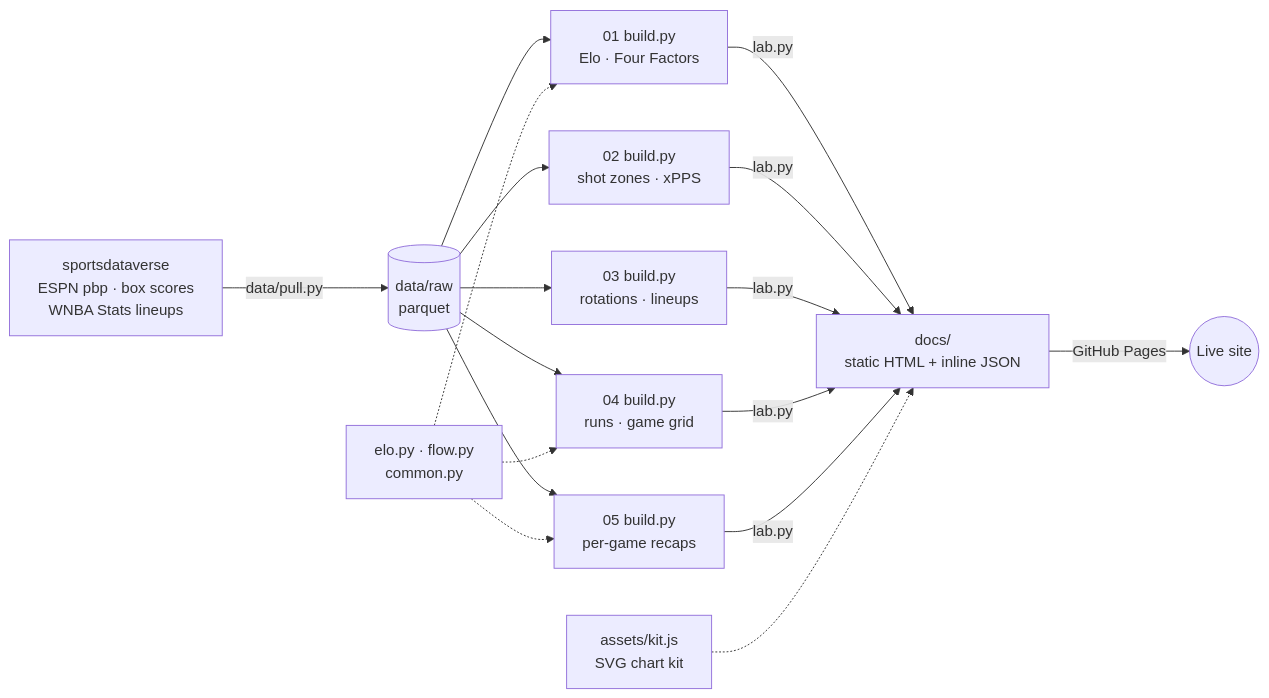
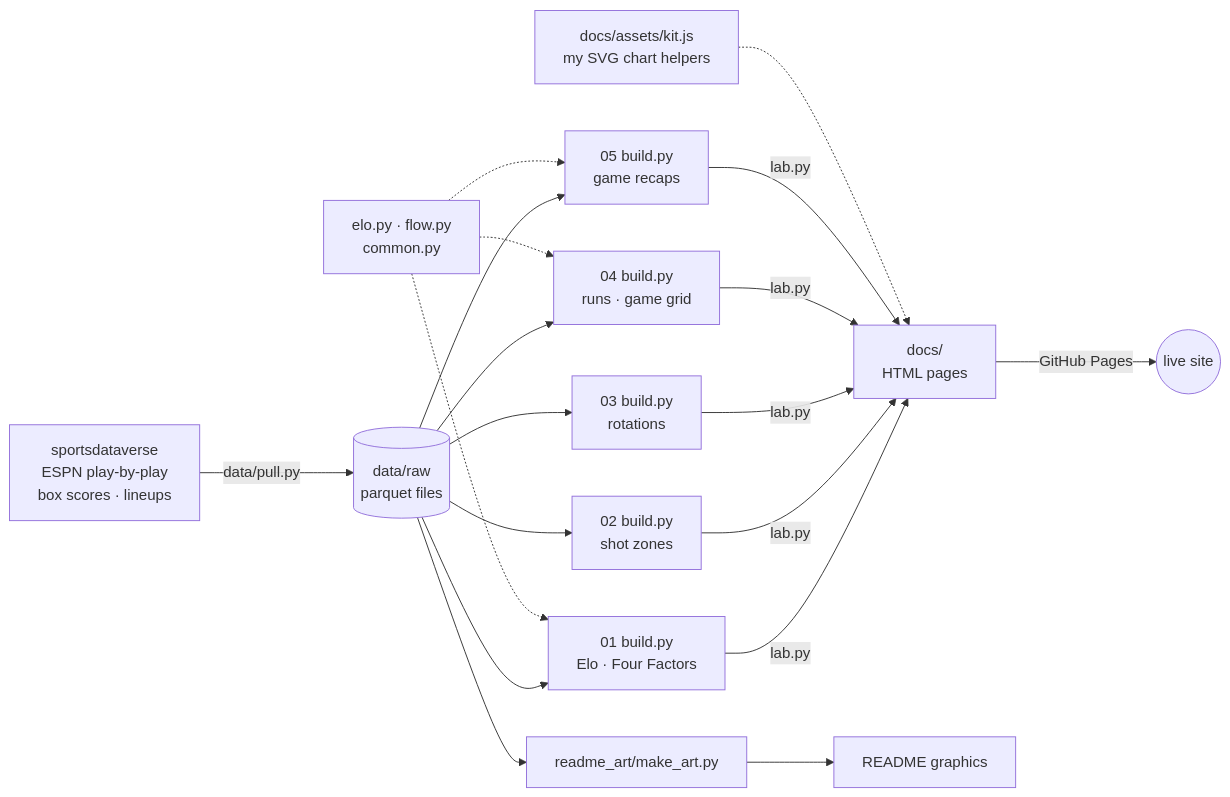
Before and after one commit to jordanngo205/toronto-tempo-analytics: the diagram in README.md, drawn with Mermaid. The commit also changed other lines of this file and 58 other files, not shown here.

First line of the commit message:
Custom README graphics and student-style comments throughout the code

````diff
--- a/README.md
+++ b/README.md
@@ -98,13 +88,14 @@
 ```mermaid
 flowchart LR
-    A[sportsdataverse<br/>ESPN pbp · box scores<br/>WNBA Stats lineups] -->|data/pull.py| B[(data/raw<br/>parquet)]
+    A[sportsdataverse<br/>ESPN play-by-play<br/>box scores · lineups] -->|data/pull.py| B[(data/raw<br/>parquet files)]
     B --> C1[01 build.py<br/>Elo · Four Factors]
-    B --> C2[02 build.py<br/>shot zones · xPPS]
-    B --> C3[03 build.py<br/>rotations · lineups]
+    B --> C2[02 build.py<br/>shot zones]
+    B --> C3[03 build.py<br/>rotations]
     B --> C4[04 build.py<br/>runs · game grid]
-    B --> C5[05 build.py<br/>per-game recaps]
+    B --> C5[05 build.py<br/>game recaps]
     E[elo.py · flow.py<br/>common.py] -.-> C1 & C4 & C5
-    C1 & C2 & C3 & C4 & C5 -->|lab.py| D[docs/<br/>static HTML + inline JSON]
-    K[assets/kit.js<br/>SVG chart kit] -.-> D
-    D -->|GitHub Pages| W((Live site))
+    C1 & C2 & C3 & C4 & C5 -->|lab.py| D[docs/<br/>HTML pages]
+    K[docs/assets/kit.js<br/>my SVG chart helpers] -.-> D
+    D -->|GitHub Pages| W((live site))
+    B --> R[readme_art/make_art.py] --> P[README graphics]
 ```
````
